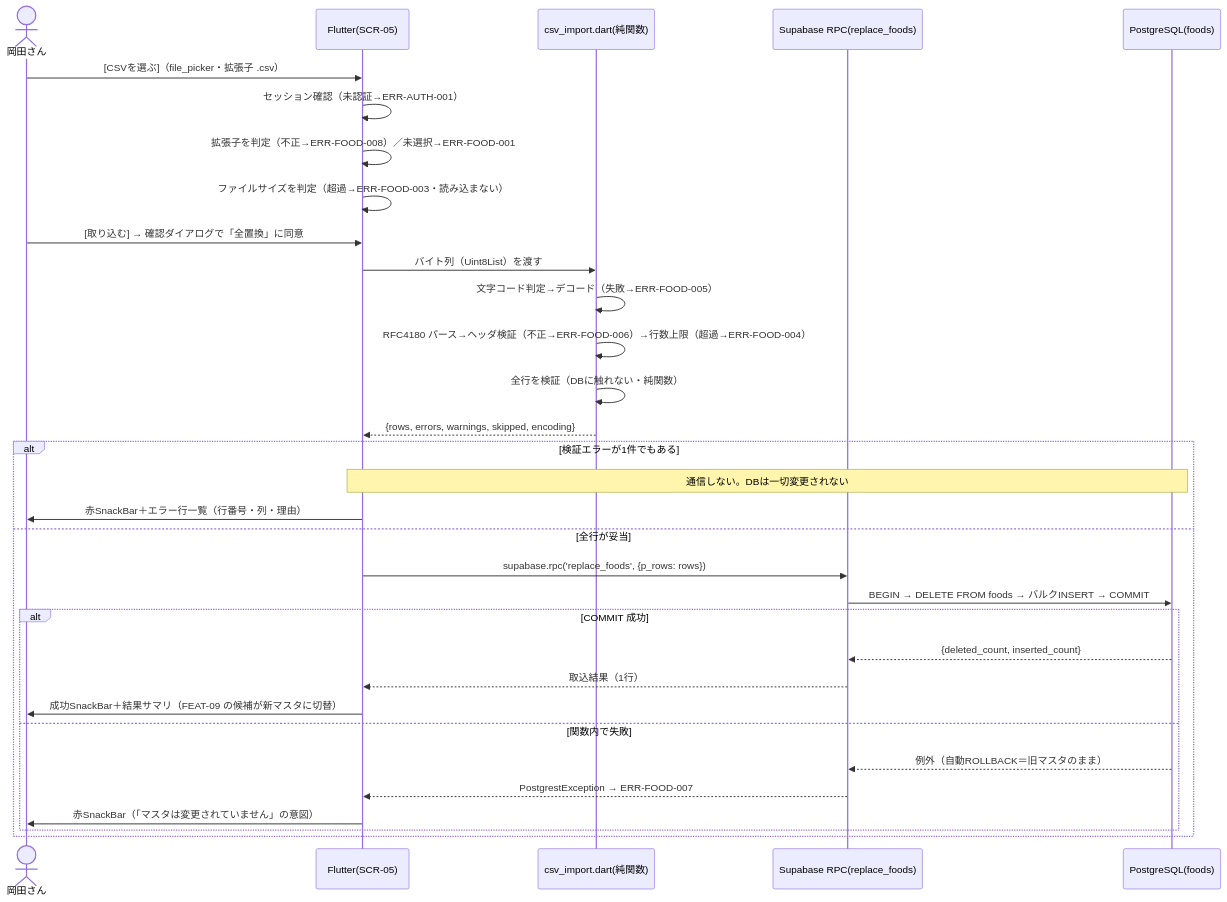
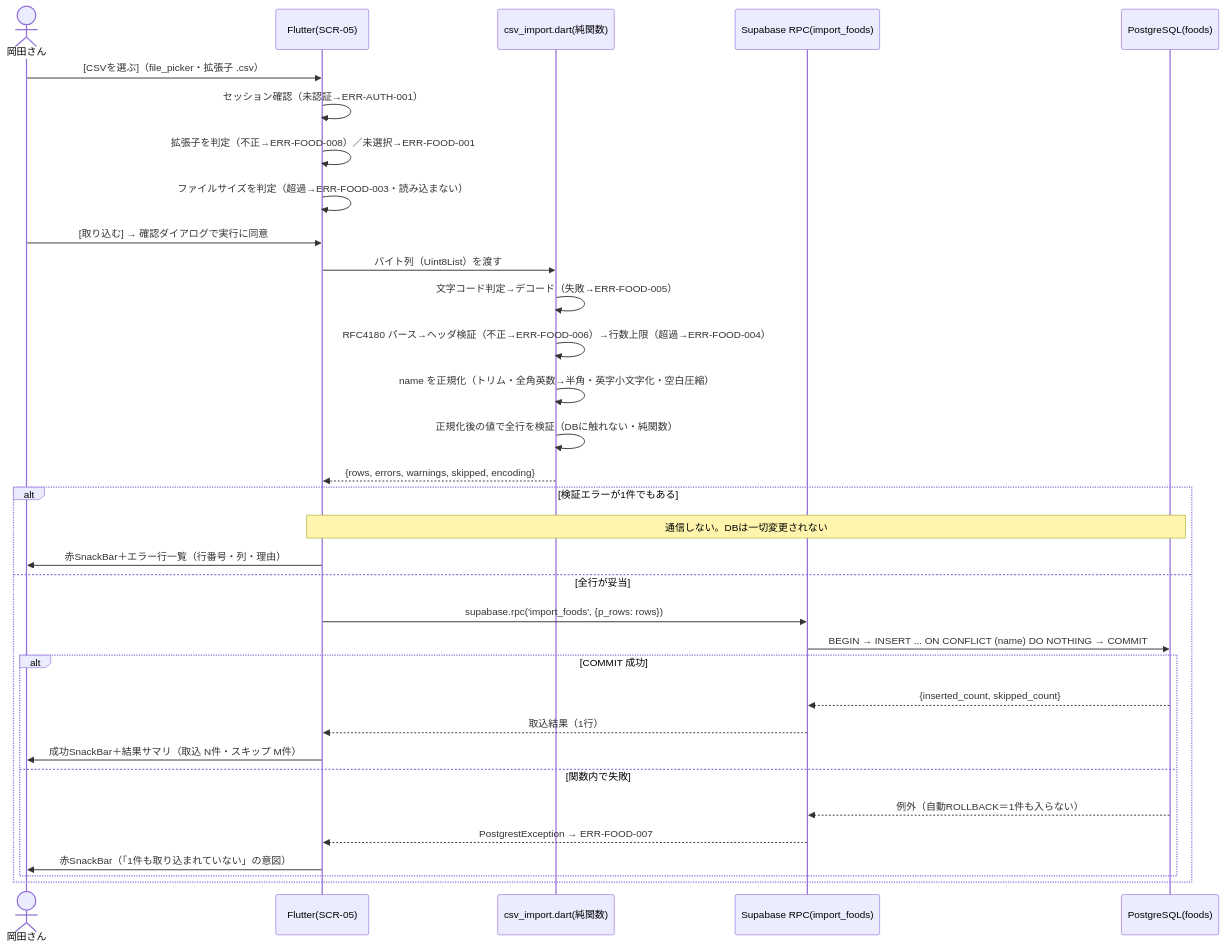
Before and after one commit to k-okada51/okada-fit: the diagram in docs/02_設計/50_詳細設計/08_機能別詳細設計/FEAT-10_食事マスタCSVインポート.md, drawn with Mermaid. The commit also changed other lines of this file and 37 other files, not shown here.

````diff
--- a/docs/02_設計/50_詳細設計/08_機能別詳細設計/FEAT-10_食事マスタCSVインポート.md
+++ b/docs/02_設計/50_詳細設計/08_機能別詳細設計/FEAT-10_食事マスタCSVインポート.md
@@ -54,35 +64,36 @@
 ```mermaid
 sequenceDiagram
   actor U as 岡田さん
   participant F as Flutter(SCR-05)
   participant L as csv_import.dart(純関数)
-  participant S as Supabase RPC(replace_foods)
+  participant S as Supabase RPC(import_foods)
   participant D as PostgreSQL(foods)
 
   U->>F: [CSVを選ぶ]（file_picker・拡張子 .csv）
   F->>F: セッション確認（未認証→ERR-AUTH-001）
   F->>F: 拡張子を判定（不正→ERR-FOOD-008）／未選択→ERR-FOOD-001
   F->>F: ファイルサイズを判定（超過→ERR-FOOD-003・読み込まない）
-  U->>F: [取り込む] → 確認ダイアログで「全置換」に同意
+  U->>F: [取り込む] → 確認ダイアログで実行に同意
   F->>L: バイト列（Uint8List）を渡す
   L->>L: 文字コード判定→デコード（失敗→ERR-FOOD-005）
   L->>L: RFC4180 パース→ヘッダ検証（不正→ERR-FOOD-006）→行数上限（超過→ERR-FOOD-004）
-  L->>L: 全行を検証（DBに触れない・純関数）
+  L->>L: name を正規化（トリム・全角英数→半角・英字小文字化・空白圧縮）
+  L->>L: 正規化後の値で全行を検証（DBに触れない・純関数）
   L-->>F: {rows, errors, warnings, skipped, encoding}
   alt 検証エラーが1件でもある
     Note over F,D: 通信しない。DBは一切変更されない
     F->>U: 赤SnackBar＋エラー行一覧（行番号・列・理由）
   else 全行が妥当
-    F->>S: supabase.rpc('replace_foods', {p_rows: rows})
-    S->>D: BEGIN → DELETE FROM foods → バルクINSERT → COMMIT
+    F->>S: supabase.rpc('import_foods', {p_rows: rows})
+    S->>D: BEGIN → INSERT ... ON CONFLICT (name) DO NOTHING → COMMIT
     alt COMMIT 成功
-      D-->>S: {deleted_count, inserted_count}
+      D-->>S: {inserted_count, skipped_count}
       S-->>F: 取込結果（1行）
-      F->>U: 成功SnackBar＋結果サマリ（FEAT-09 の候補が新マスタに切替）
+      F->>U: 成功SnackBar＋結果サマリ（取込 N件・スキップ M件）
     else 関数内で失敗
-      D-->>S: 例外（自動ROLLBACK＝旧マスタのまま）
+      D-->>S: 例外（自動ROLLBACK＝1件も入らない）
       S-->>F: PostgrestException → ERR-FOOD-007
-      F->>U: 赤SnackBar（「マスタは変更されていません」の意図）
+      F->>U: 赤SnackBar（「1件も取り込まれていない」の意図）
     end
   end
 ```
````
